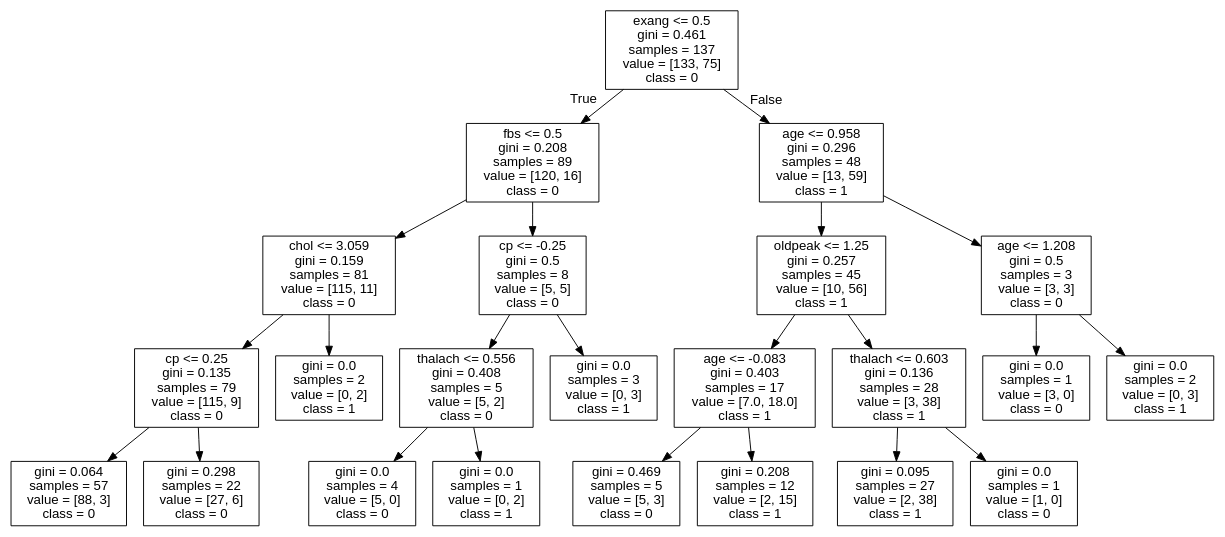
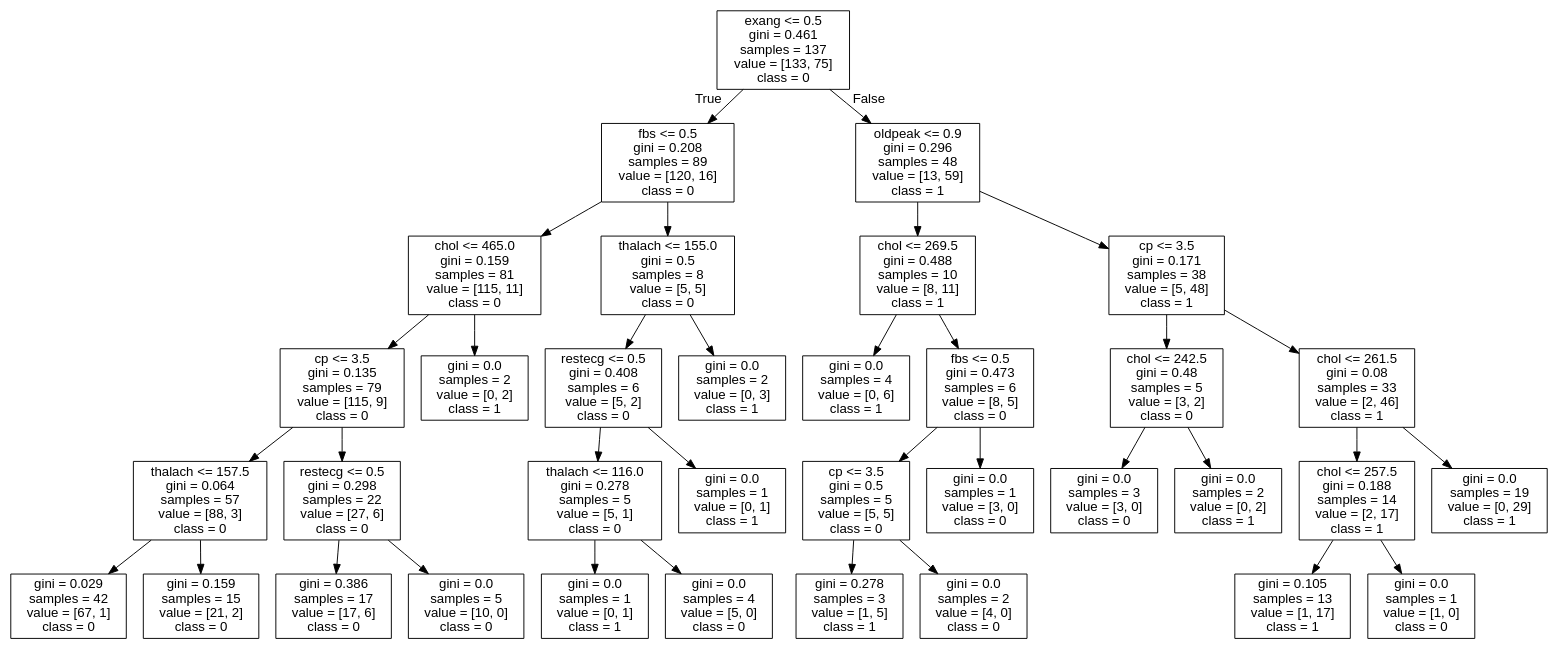
Before and after one commit to cyrilvincent/ML: the diagram in data/breast-cancer/tree.dot, drawn with Graphviz. The commit also changed 2 other files, not shown here.

```diff
--- a/data/breast-cancer/tree.dot
+++ b/data/breast-cancer/tree.dot
@@ -1,49 +1,73 @@
 digraph Tree {
 node [shape=box, fontname="helvetica"] ;
 edge [fontname="helvetica"] ;
 0 [label="exang <= 0.5\ngini = 0.461\nsamples = 137\nvalue = [133, 75]\nclass = 0"] ;
 1 [label="fbs <= 0.5\ngini = 0.208\nsamples = 89\nvalue = [120, 16]\nclass = 0"] ;
 0 -> 1 [labeldistance=2.5, labelangle=45, headlabel="True"] ;
-2 [label="chol <= 3.059\ngini = 0.159\nsamples = 81\nvalue = [115, 11]\nclass = 0"] ;
+2 [label="chol <= 465.0\ngini = 0.159\nsamples = 81\nvalue = [115, 11]\nclass = 0"] ;
 1 -> 2 ;
-3 [label="cp <= 0.25\ngini = 0.135\nsamples = 79\nvalue = [115, 9]\nclass = 0"] ;
+3 [label="cp <= 3.5\ngini = 0.135\nsamples = 79\nvalue = [115, 9]\nclass = 0"] ;
 2 -> 3 ;
-4 [label="gini = 0.064\nsamples = 57\nvalue = [88, 3]\nclass = 0"] ;
+4 [label="thalach <= 157.5\ngini = 0.064\nsamples = 57\nvalue = [88, 3]\nclass = 0"] ;
 3 -> 4 ;
-5 [label="gini = 0.298\nsamples = 22\nvalue = [27, 6]\nclass = 0"] ;
-3 -> 5 ;
-6 [label="gini = 0.0\nsamples = 2\nvalue = [0, 2]\nclass = 1"] ;
-2 -> 6 ;
-7 [label="cp <= -0.25\ngini = 0.5\nsamples = 8\nvalue = [5, 5]\nclass = 0"] ;
-1 -> 7 ;
-8 [label="thalach <= 0.556\ngini = 0.408\nsamples = 5\nvalue = [5, 2]\nclass = 0"] ;
+5 [label="gini = 0.029\nsamples = 42\nvalue = [67, 1]\nclass = 0"] ;
+4 -> 5 ;
+6 [label="gini = 0.159\nsamples = 15\nvalue = [21, 2]\nclass = 0"] ;
+4 -> 6 ;
+7 [label="restecg <= 0.5\ngini = 0.298\nsamples = 22\nvalue = [27, 6]\nclass = 0"] ;
+3 -> 7 ;
+8 [label="gini = 0.386\nsamples = 17\nvalue = [17, 6]\nclass = 0"] ;
 7 -> 8 ;
-9 [label="gini = 0.0\nsamples = 4\nvalue = [5, 0]\nclass = 0"] ;
-8 -> 9 ;
-10 [label="gini = 0.0\nsamples = 1\nvalue = [0, 2]\nclass = 1"] ;
-8 -> 10 ;
-11 [label="gini = 0.0\nsamples = 3\nvalue = [0, 3]\nclass = 1"] ;
-7 -> 11 ;
-12 [label="age <= 0.958\ngini = 0.296\nsamples = 48\nvalue = [13, 59]\nclass = 1"] ;
-0 -> 12 [labeldistance=2.5, labelangle=-45, headlabel="False"] ;
-13 [label="oldpeak <= 1.25\ngini = 0.257\nsamples = 45\nvalue = [10, 56]\nclass = 1"] ;
+9 [label="gini = 0.0\nsamples = 5\nvalue = [10, 0]\nclass = 0"] ;
+7 -> 9 ;
+10 [label="gini = 0.0\nsamples = 2\nvalue = [0, 2]\nclass = 1"] ;
+2 -> 10 ;
+11 [label="thalach <= 155.0\ngini = 0.5\nsamples = 8\nvalue = [5, 5]\nclass = 0"] ;
+1 -> 11 ;
+12 [label="restecg <= 0.5\ngini = 0.408\nsamples = 6\nvalue = [5, 2]\nclass = 0"] ;
+11 -> 12 ;
+13 [label="thalach <= 116.0\ngini = 0.278\nsamples = 5\nvalue = [5, 1]\nclass = 0"] ;
 12 -> 13 ;
-14 [label="age <= -0.083\ngini = 0.403\nsamples = 17\nvalue = [7.0, 18.0]\nclass = 1"] ;
+14 [label="gini = 0.0\nsamples = 1\nvalue = [0, 1]\nclass = 1"] ;
 13 -> 14 ;
-15 [label="gini = 0.469\nsamples = 5\nvalue = [5, 3]\nclass = 0"] ;
-14 -> 15 ;
-16 [label="gini = 0.208\nsamples = 12\nvalue = [2, 15]\nclass = 1"] ;
-14 -> 16 ;
-17 [label="thalach <= 0.603\ngini = 0.136\nsamples = 28\nvalue = [3, 38]\nclass = 1"] ;
-13 -> 17 ;
-18 [label="gini = 0.095\nsamples = 27\nvalue = [2, 38]\nclass = 1"] ;
-17 -> 18 ;
-19 [label="gini = 0.0\nsamples = 1\nvalue = [1, 0]\nclass = 0"] ;
-17 -> 19 ;
-20 [label="age <= 1.208\ngini = 0.5\nsamples = 3\nvalue = [3, 3]\nclass = 0"] ;
-12 -> 20 ;
-21 [label="gini = 0.0\nsamples = 1\nvalue = [3, 0]\nclass = 0"] ;
-20 -> 21 ;
-22 [label="gini = 0.0\nsamples = 2\nvalue = [0, 3]\nclass = 1"] ;
-20 -> 22 ;
+15 [label="gini = 0.0\nsamples = 4\nvalue = [5, 0]\nclass = 0"] ;
+13 -> 15 ;
+16 [label="gini = 0.0\nsamples = 1\nvalue = [0, 1]\nclass = 1"] ;
+12 -> 16 ;
+17 [label="gini = 0.0\nsamples = 2\nvalue = [0, 3]\nclass = 1"] ;
+11 -> 17 ;
+18 [label="oldpeak <= 0.9\ngini = 0.296\nsamples = 48\nvalue = [13, 59]\nclass = 1"] ;
+0 -> 18 [labeldistance=2.5, labelangle=-45, headlabel="False"] ;
+19 [label="chol <= 269.5\ngini = 0.488\nsamples = 10\nvalue = [8, 11]\nclass = 1"] ;
+18 -> 19 ;
+20 [label="gini = 0.0\nsamples = 4\nvalue = [0, 6]\nclass = 1"] ;
+19 -> 20 ;
+21 [label="fbs <= 0.5\ngini = 0.473\nsamples = 6\nvalue = [8, 5]\nclass = 0"] ;
+19 -> 21 ;
+22 [label="cp <= 3.5\ngini = 0.5\nsamples = 5\nvalue = [5, 5]\nclass = 0"] ;
+21 -> 22 ;
+23 [label="gini = 0.278\nsamples = 3\nvalue = [1, 5]\nclass = 1"] ;
+22 -> 23 ;
+24 [label="gini = 0.0\nsamples = 2\nvalue = [4, 0]\nclass = 0"] ;
+22 -> 24 ;
+25 [label="gini = 0.0\nsamples = 1\nvalue = [3, 0]\nclass = 0"] ;
+21 -> 25 ;
+26 [label="cp <= 3.5\ngini = 0.171\nsamples = 38\nvalue = [5, 48]\nclass = 1"] ;
+18 -> 26 ;
+27 [label="chol <= 242.5\ngini = 0.48\nsamples = 5\nvalue = [3, 2]\nclass = 0"] ;
+26 -> 27 ;
+28 [label="gini = 0.0\nsamples = 3\nvalue = [3, 0]\nclass = 0"] ;
+27 -> 28 ;
+29 [label="gini = 0.0\nsamples = 2\nvalue = [0, 2]\nclass = 1"] ;
+27 -> 29 ;
+30 [label="chol <= 261.5\ngini = 0.08\nsamples = 33\nvalue = [2, 46]\nclass = 1"] ;
+26 -> 30 ;
+31 [label="chol <= 257.5\ngini = 0.188\nsamples = 14\nvalue = [2, 17]\nclass = 1"] ;
+30 -> 31 ;
+32 [label="gini = 0.105\nsamples = 13\nvalue = [1, 17]\nclass = 1"] ;
+31 -> 32 ;
+33 [label="gini = 0.0\nsamples = 1\nvalue = [1, 0]\nclass = 0"] ;
+31 -> 33 ;
+34 [label="gini = 0.0\nsamples = 19\nvalue = [0, 29]\nclass = 1"] ;
+30 -> 34 ;
 }
```
